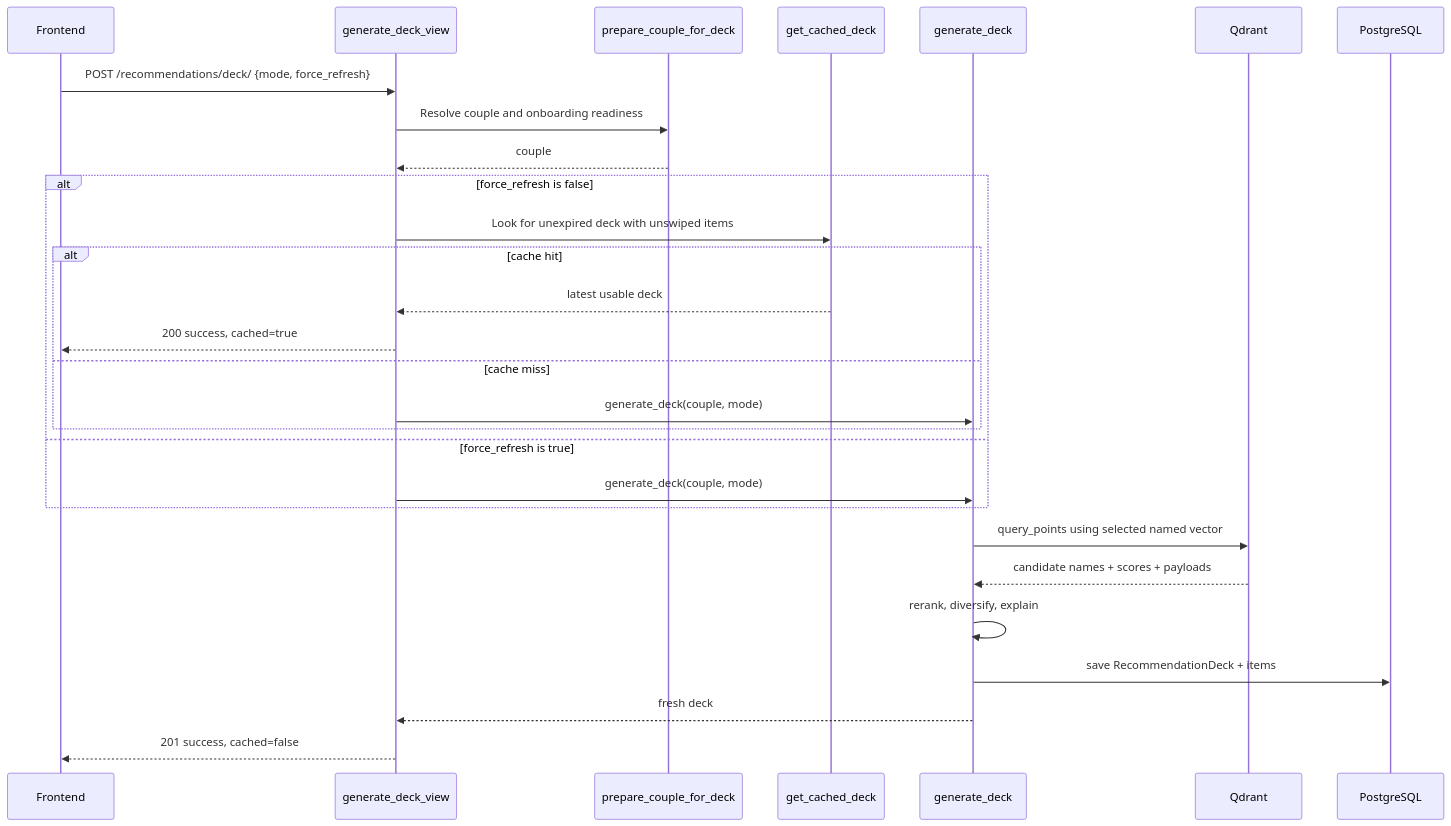
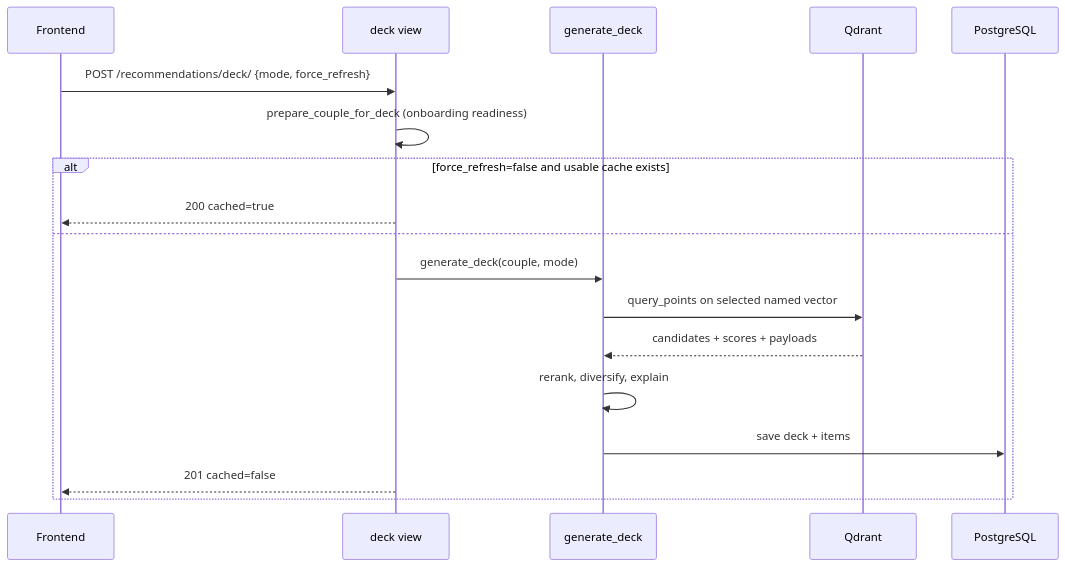
One commit to erickrex/babybase changed the second of 3 diagrams in technical_breakdown.md. Above: the diagram before and after it, drawn with Mermaid. The commit also changed other lines of this file and 1 other file, not shown here.

````diff
--- a/technical_breakdown.md
+++ b/technical_breakdown.md
@@ -204,33 +78,21 @@
 ```mermaid
 sequenceDiagram
     participant FE as Frontend
-    participant View as generate_deck_view
-    participant Prep as prepare_couple_for_deck
-    participant Cache as get_cached_deck
+    participant View as deck view
     participant Deck as generate_deck
     participant Q as Qdrant
     participant DB as PostgreSQL
 
     FE->>View: POST /recommendations/deck/ {mode, force_refresh}
-    View->>Prep: Resolve couple and onboarding readiness
-    Prep-->>View: couple
-
-    alt force_refresh is false
-        View->>Cache: Look for unexpired deck with unswiped items
-        alt cache hit
-            Cache-->>View: latest usable deck
-            View-->>FE: 200 success, cached=true
-        else cache miss
-            View->>Deck: generate_deck(couple, mode)
-        end
-    else force_refresh is true
+    View->>View: prepare_couple_for_deck (onboarding readiness)
+    alt force_refresh=false and usable cache exists
+        View-->>FE: 200 cached=true
+    else
         View->>Deck: generate_deck(couple, mode)
+        Deck->>Q: query_points on selected named vector
+        Q-->>Deck: candidates + scores + payloads
+        Deck->>Deck: rerank, diversify, explain
+        Deck->>DB: save deck + items
+        View-->>FE: 201 cached=false
     end
-
-    Deck->>Q: query_points using selected named vector
-    Q-->>Deck: candidate names + scores + payloads
-    Deck->>Deck: rerank, diversify, explain
-    Deck->>DB: save RecommendationDeck + items
-    Deck-->>View: fresh deck
-    View-->>FE: 201 success, cached=false
 ```
````
